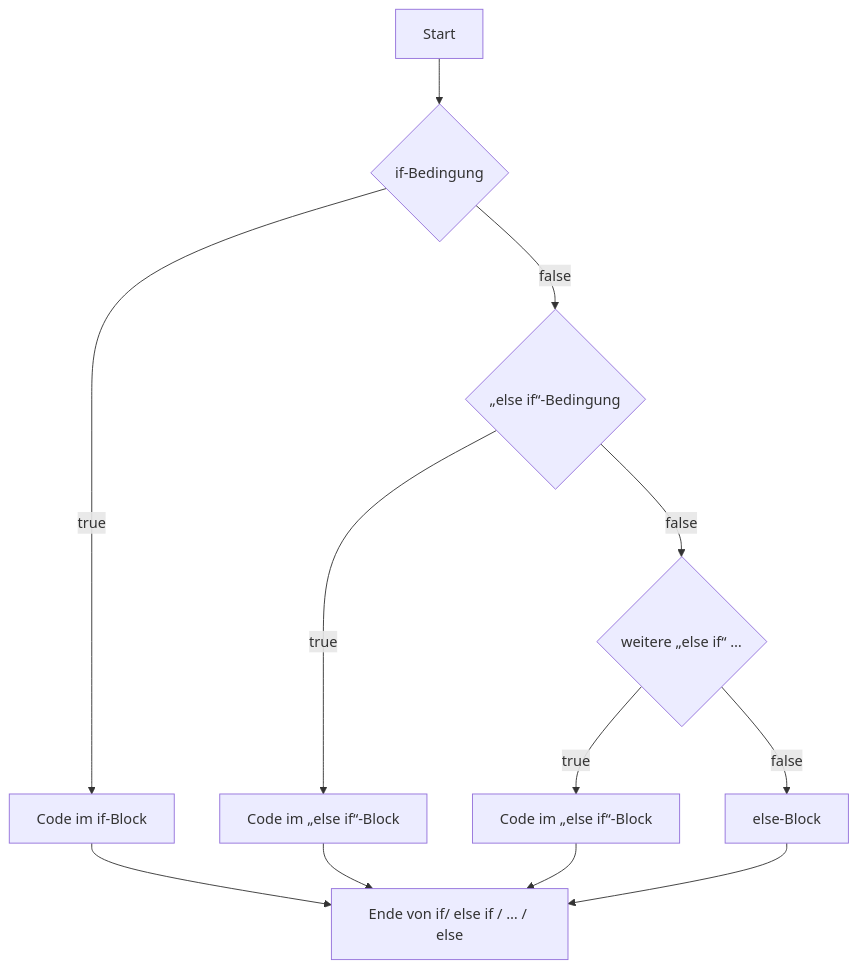
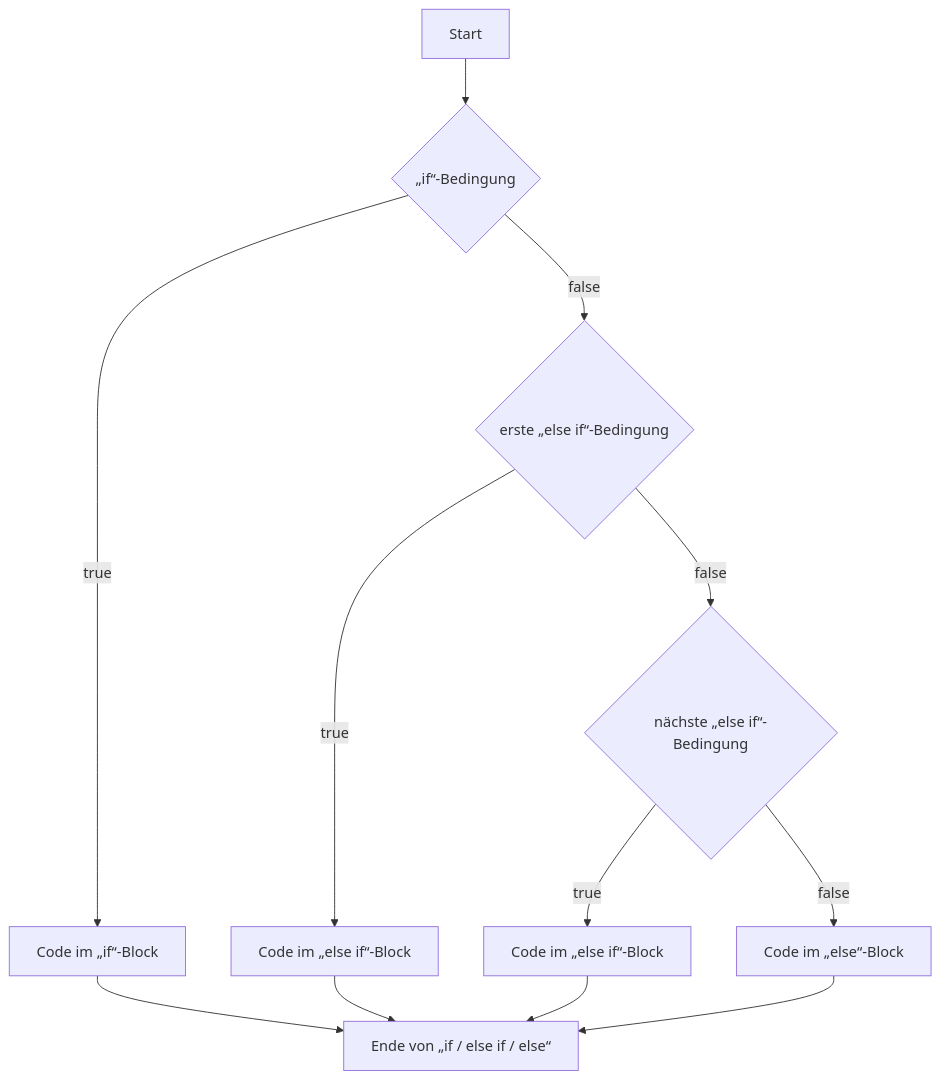
One commit to behrends/workshops changed the diagram in pages/prog/03-logic-structure/03-if.mdx. Above: the diagram before and after it, drawn with Mermaid.

Commit message:
Prog: mermaid für if nochmals angepasst

````diff
--- a/pages/prog/03-logic-structure/03-if.mdx
+++ b/pages/prog/03-logic-structure/03-if.mdx
@@ -48,14 +48,14 @@
 ```mermaid
 graph TD
-    A[Start] --> B{if-Bedingung}
-    B -->|true| BB[Code im if-Block]
-    BB --> F[Ende von if/ else if / … / else]
-    B -->|false| C{„else if“-Bedingung}
+    A[Start] --> B{„if“-Bedingung}
+    B -->|true| BB[Code im „if“-Block]
+    BB --> F[Ende von „if / else if / else“]
+    B -->|false| C{erste „else if“-Bedingung}
     C -->|true| CC[Code im „else if“-Block]
     CC --> F
-    C -->|false| D{weitere „else if“ …}
+    C -->|false| D{nächste „else if“-Bedingung}
     D -->|true| DD[Code im „else if“-Block]
     DD --> F
-    D -->|false| E[else-Block]
+    D -->|false| E[Code im „else“-Block]
     E --> F
 ```
````
